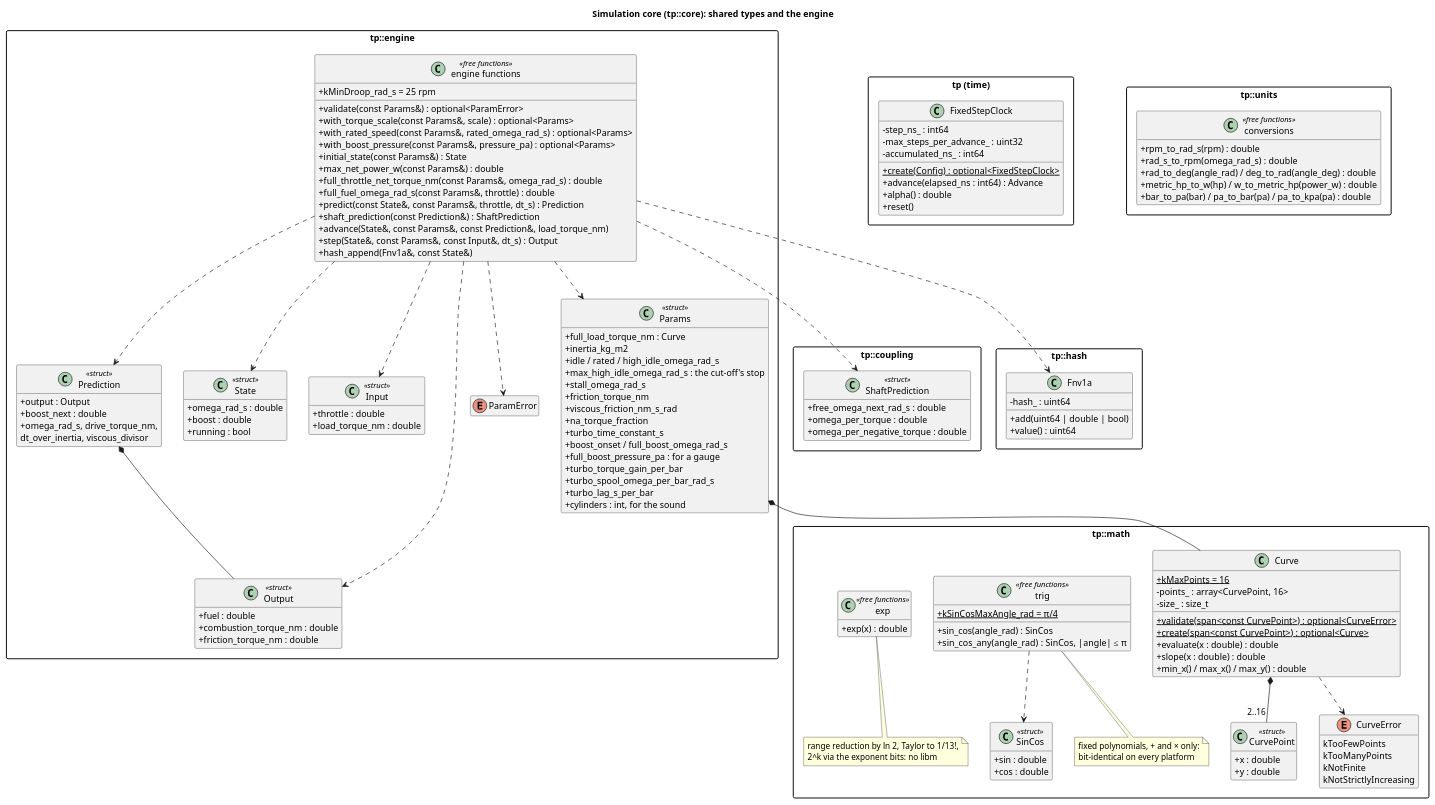
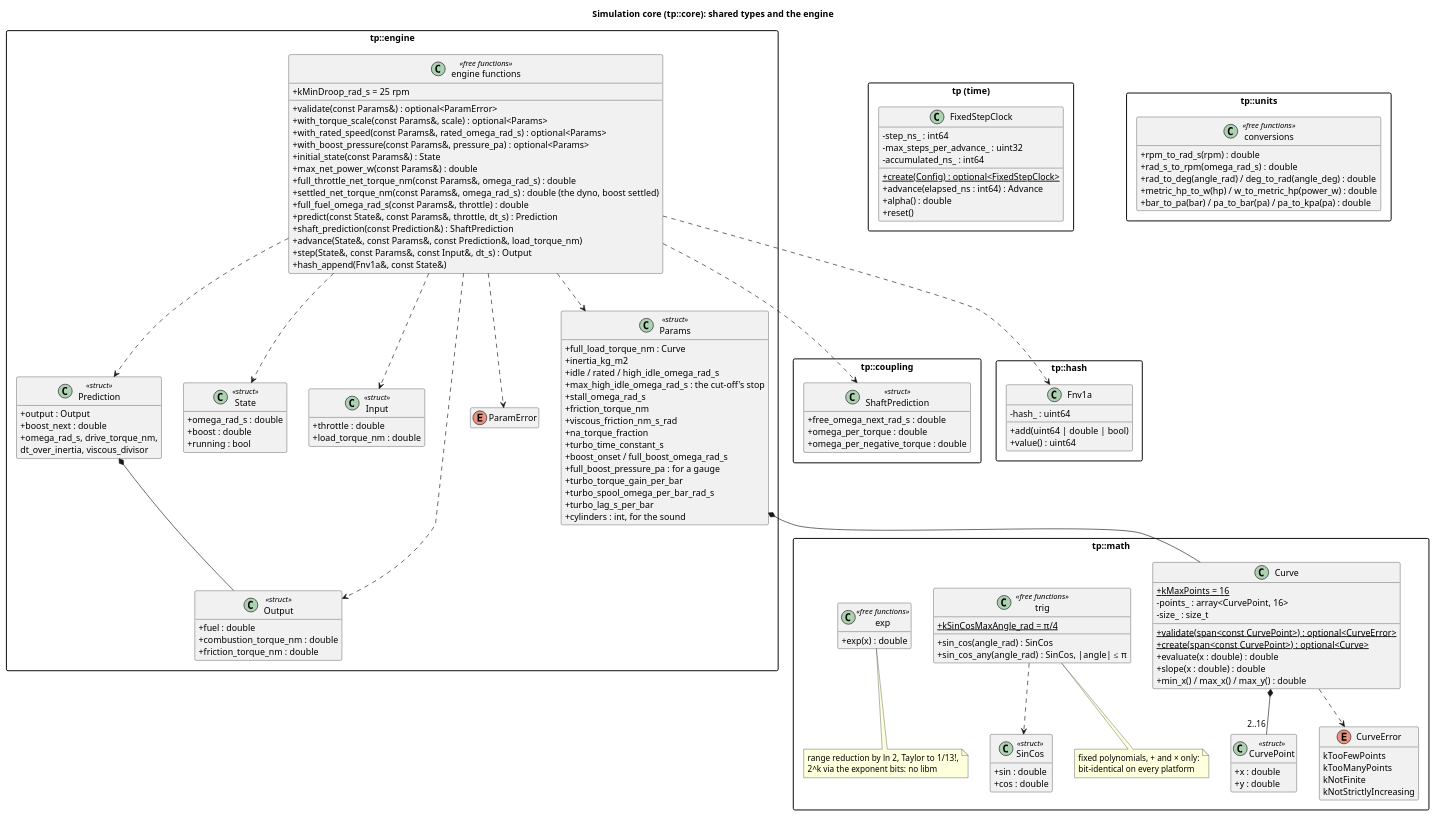
One commit to wversteeg/TractorPulling changed the diagram in docs/diagrams/core_classes.puml. Above: the diagram before and after it, drawn with PlantUML. The commit also changed 54 other files, not shown here.

```diff
--- a/docs/diagrams/core_classes.puml
+++ b/docs/diagrams/core_classes.puml
@@ -1,160 +1,161 @@
 @startuml core_classes
 title Simulation core (tp::core): shared types and the engine
 hide empty members
 skinparam packageStyle rectangle
 skinparam classAttributeIconSize 0
 
   package "tp::coupling" {
     class ShaftPrediction <<struct>> {
       +free_omega_next_rad_s : double
       +omega_per_torque : double
       +omega_per_negative_torque : double
     }
   }
 
   package "tp::math" {
     class CurvePoint <<struct>> {
       +x : double
       +y : double
     }
     enum CurveError {
       kTooFewPoints
       kTooManyPoints
       kNotFinite
       kNotStrictlyIncreasing
     }
     class Curve {
       +{static} kMaxPoints = 16
       -points_ : array<CurvePoint, 16>
       -size_ : size_t
       +{static} validate(span<const CurvePoint>) : optional<CurveError>
       +{static} create(span<const CurvePoint>) : optional<Curve>
       +evaluate(x : double) : double
       +slope(x : double) : double
       +min_x() / max_x() / max_y() : double
     }
     Curve *-- "2..16" CurvePoint
     Curve ..> CurveError
     class SinCos <<struct>> {
       +sin : double
       +cos : double
     }
     class "trig" as Trig <<free functions>> {
       +{static} kSinCosMaxAngle_rad = π/4
       +sin_cos(angle_rad) : SinCos
       +sin_cos_any(angle_rad) : SinCos, |angle| ≤ π
     }
     Trig ..> SinCos
     note bottom of Trig
       fixed polynomials, + and × only:
       bit-identical on every platform
     end note
     class "exp" as Exp <<free functions>> {
       +exp(x) : double
     }
     note bottom of Exp
       range reduction by ln 2, Taylor to 1/13!,
       2^k via the exponent bits: no libm
     end note
   }
 
   package "tp::engine" {
     class Params <<struct>> {
       +full_load_torque_nm : Curve
       +inertia_kg_m2
       +idle / rated / high_idle_omega_rad_s
       +max_high_idle_omega_rad_s : the cut-off's stop
       +stall_omega_rad_s
       +friction_torque_nm
       +viscous_friction_nm_s_rad
       +na_torque_fraction
       +turbo_time_constant_s
       +boost_onset / full_boost_omega_rad_s
       +full_boost_pressure_pa : for a gauge
       +turbo_torque_gain_per_bar
       +turbo_spool_omega_per_bar_rad_s
       +turbo_lag_s_per_bar
       +cylinders : int, for the sound
     }
     class State <<struct>> {
       +omega_rad_s : double
       +boost : double
       +running : bool
     }
     class Input <<struct>> {
       +throttle : double
       +load_torque_nm : double
     }
     class Output <<struct>> {
       +fuel : double
       +combustion_torque_nm : double
       +friction_torque_nm : double
     }
     enum ParamError
     class Prediction <<struct>> {
       +output : Output
       +boost_next : double
       +omega_rad_s, drive_torque_nm,
        dt_over_inertia, viscous_divisor
     }
     class "engine functions" as EngineFns <<free functions>> {
       +kMinDroop_rad_s = 25 rpm
       +validate(const Params&) : optional<ParamError>
       +with_torque_scale(const Params&, scale) : optional<Params>
       +with_rated_speed(const Params&, rated_omega_rad_s) : optional<Params>
       +with_boost_pressure(const Params&, pressure_pa) : optional<Params>
       +initial_state(const Params&) : State
       +max_net_power_w(const Params&) : double
       +full_throttle_net_torque_nm(const Params&, omega_rad_s) : double
+      +settled_net_torque_nm(const Params&, omega_rad_s) : double (the dyno, boost settled)
       +full_fuel_omega_rad_s(const Params&, throttle) : double
       +predict(const State&, const Params&, throttle, dt_s) : Prediction
       +shaft_prediction(const Prediction&) : ShaftPrediction
       +advance(State&, const Params&, const Prediction&, load_torque_nm)
       +step(State&, const Params&, const Input&, dt_s) : Output
       +hash_append(Fnv1a&, const State&)
     }
     Prediction *-- Output
     EngineFns ..> Prediction
     Params *-- Curve
     EngineFns ..> Params
     EngineFns ..> State
     EngineFns ..> Input
     EngineFns ..> Output
     EngineFns ..> ParamError
   }
 
 
   EngineFns ..> ShaftPrediction
 
   package "tp::hash" {
     class Fnv1a {
       -hash_ : uint64
       +add(uint64 | double | bool)
       +value() : uint64
     }
   }
   EngineFns ..> Fnv1a
 
   package "tp (time)" {
     class FixedStepClock {
       -step_ns_ : int64
       -max_steps_per_advance_ : uint32
       -accumulated_ns_ : int64
       +{static} create(Config) : optional<FixedStepClock>
       +advance(elapsed_ns : int64) : Advance
       +alpha() : double
       +reset()
     }
   }
 
   package "tp::units" {
     class "conversions" as Units <<free functions>> {
       +rpm_to_rad_s(rpm) : double
       +rad_s_to_rpm(omega_rad_s) : double
       +rad_to_deg(angle_rad) / deg_to_rad(angle_deg) : double
       +metric_hp_to_w(hp) / w_to_metric_hp(power_w) : double
       +bar_to_pa(bar) / pa_to_bar(pa) / pa_to_kpa(pa) : double
     }
   }
 
 @enduml
```
